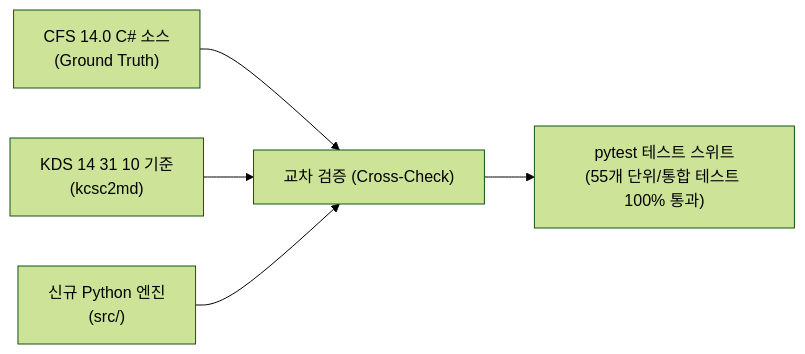
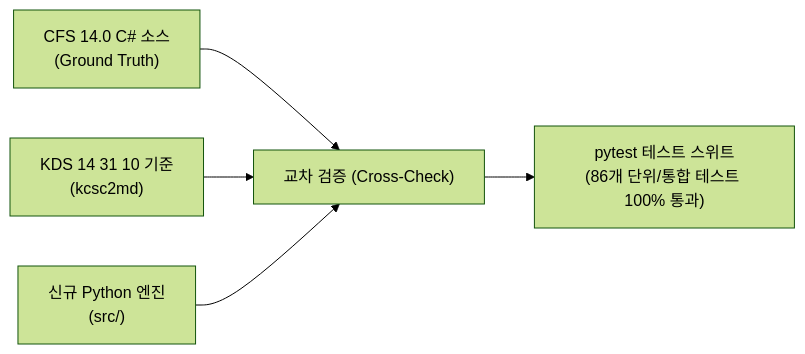
The second of 2 diagrams in docs/06_python_engine_architecture_specification.md (zlkiki/CFDesigner), drawn with Mermaid (forest theme) before and after one commit. The commit also changed other lines of this file and 23 other files, not shown here.

````diff
--- a/docs/06_python_engine_architecture_specification.md
+++ b/docs/06_python_engine_architecture_specification.md
@@ -125,7 +132,7 @@
 ```mermaid
 graph LR
     Decompiled["CFS 14.0 C# 소스<br>(Ground Truth)"] --> CrossCheck["교차 검증 (Cross-Check)"]
     KCSC["KDS 14 31 10 기준<br>(kcsc2md)"] --> CrossCheck
     PythonEngine["신규 Python 엔진<br>(src/)"] --> CrossCheck
-    CrossCheck --> PyTest["pytest 테스트 스위트<br>(55개 단위/통합 테스트 100% 통과)"]
+    CrossCheck --> PyTest["pytest 테스트 스위트<br>(86개 단위/통합 테스트 100% 통과)"]
 ```
````
